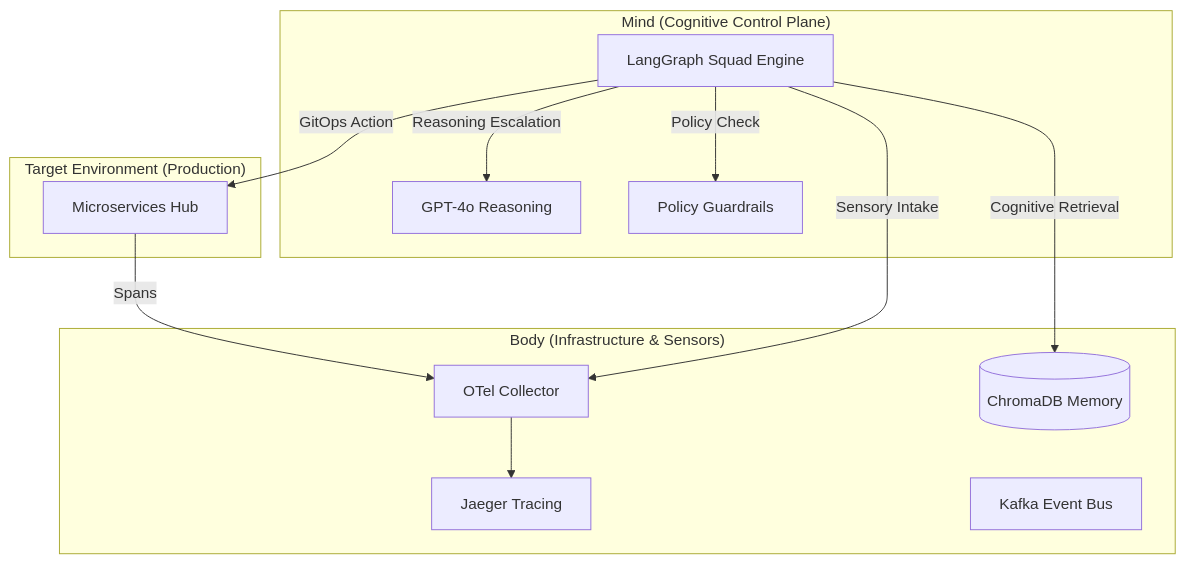
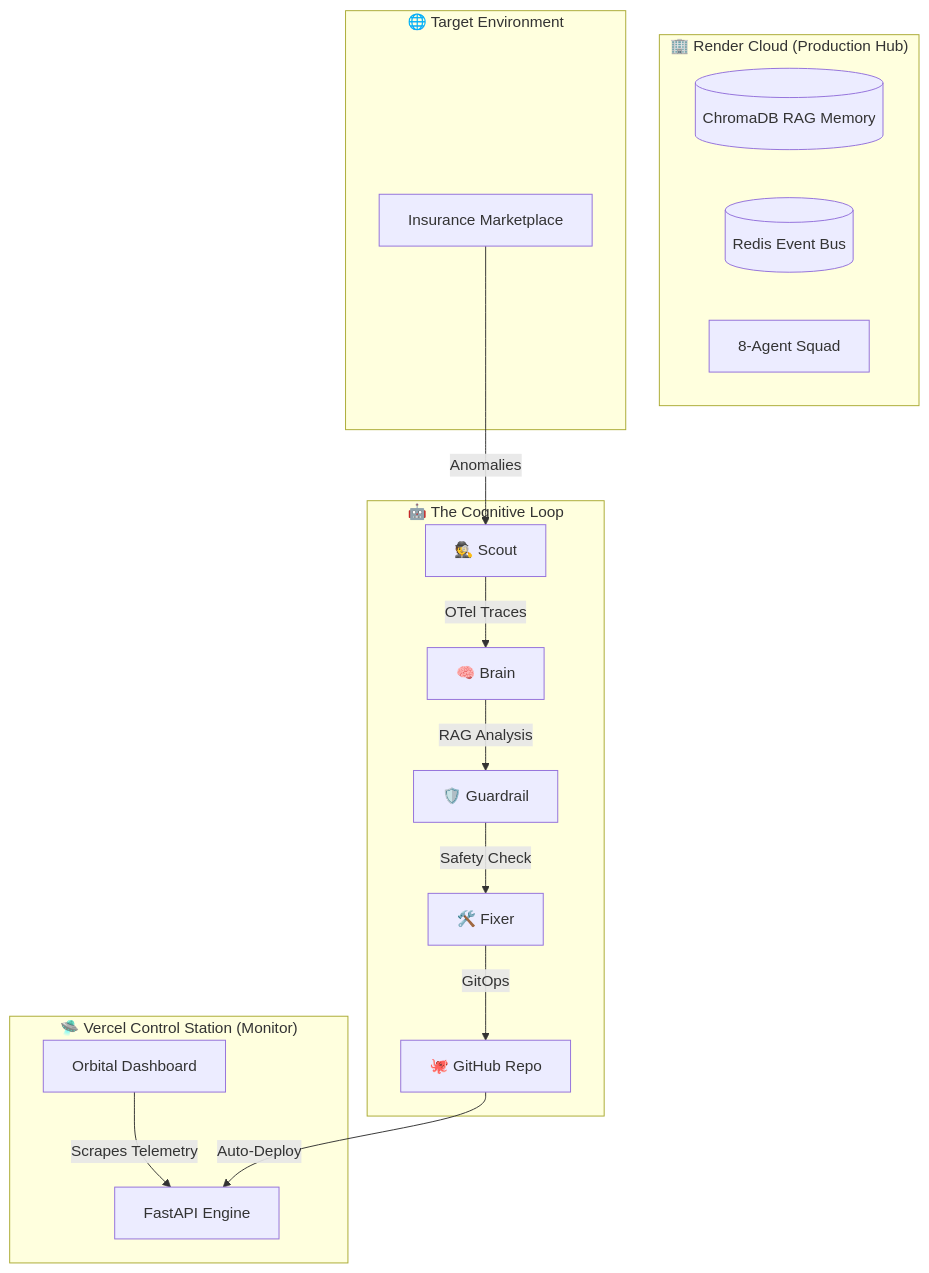
The diagram in README.md (mohammedsalmanj/sre.space-cp), drawn with Mermaid before and after one commit. The commit also changed other lines of this file, not shown here.

Commit message:
Final Infrastructure Sign-off: Ultra-Detailed README, Distributed Architecture, and Premium Cloud Endpoints

````diff
--- a/README.md
+++ b/README.md
@@ -24,27 +24,28 @@
 ```mermaid
 graph TD
-    subgraph "Mind (Cognitive Control Plane)"
-        Logic[LangGraph Squad Engine]
-        Brain[GPT-4o Reasoning]
-        Guard[Policy Guardrails]
+    subgraph "🛸 Vercel Control Station (Monitor)"
+        UI[Orbital Dashboard]
+        UI -->|Scrapes Telemetry| RC
     end
 
-    subgraph "Body (Infrastructure & Sensors)"
-        OTel[OTel Collector]
-        Jaeger[Jaeger Tracing]
-        Kafka[Kafka Event Bus]
-        DB[(ChromaDB Memory)]
+    subgraph "🏢 Render Cloud (Production Hub)"
+        RC[FastAPI Engine]
+        DB[(ChromaDB RAG Memory)]
+        Bus[(Redis Event Bus)]
+        Agents[8-Agent Squad]
     end
 
-    subgraph "Target Environment (Production)"
-        Apps[Microservices Hub]
-        Apps -->|Spans| OTel
+    subgraph "🤖 The Cognitive Loop"
+        Scout[🕵️ Scout] -->|OTel Traces| Brain[🧠 Brain]
+        Brain -->|RAG Analysis| Guard[🛡️ Guardrail]
+        Guard -->|Safety Check| Fixer[🛠️ Fixer]
+        Fixer -->|GitOps| GitHub[🐙 GitHub Repo]
     end
 
-    OTel --> Jaeger
-    Logic -->|Sensory Intake| OTel
-    Logic -->|Cognitive Retrieval| DB
-    Logic -->|Reasoning Escalation| Brain
-    Logic -->|Policy Check| Guard
-    Logic -->|GitOps Action| Apps
+    subgraph "🌐 Target Environment"
+        Market[Insurance Marketplace]
+        Market -->|Anomalies| Scout
+    end
+
+    GitHub -->|Auto-Deploy| RC
 ```
````
